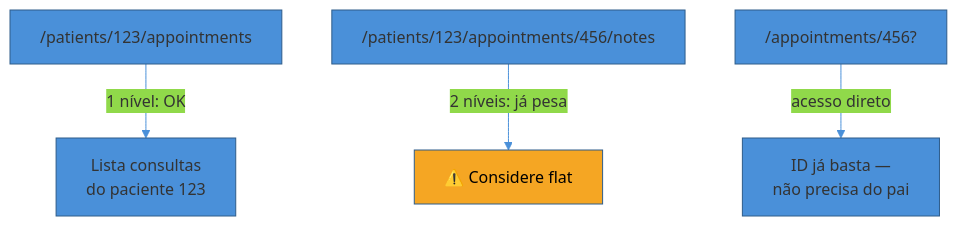
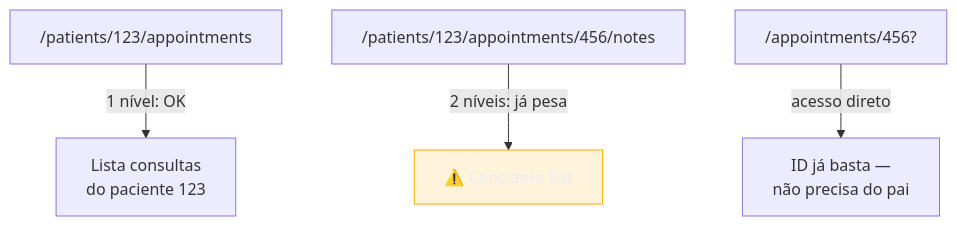
The first of 2 diagrams in 03-Dominios/Engenharia/Comunicação entre Sistemas/2 - Comunicação síncrona/01 - REST — modelagem de recursos e maturidade.md (josenaldo/codex-technomanticus), drawn with Mermaid before and after one commit. The commit also changed other lines of this file and 1181 other files, not shown here.

First line of the commit message:
fix(diagramas): paleta do sistema no lugar de cor cravada no markdown

````diff
--- a/03-Dominios/Engenharia/Comunicação entre Sistemas/2 - Comunicação síncrona/01 - REST — modelagem de recursos e maturidade.md
+++ b/03-Dominios/Engenharia/Comunicação entre Sistemas/2 - Comunicação síncrona/01 - REST — modelagem de recursos e maturidade.md
@@ -73,9 +73,9 @@
 ```mermaid
-%%{init: {"theme": "base", "themeVariables": {"primaryColor": "#4A90D9", "primaryBorderColor": "#2E5C8A", "lineColor": "#4A90D9"}}}%%
 graph TD
+    classDef destaque fill:#FFAA0024,stroke:#FFAA00,color:#E9ECF2
     A["/patients/123/appointments"] -->|"1 nível: OK"| B["Lista consultas<br/>do paciente 123"]
     C["/patients/123/appointments/456/notes"] -->|"2 níveis: já pesa"| D["⚠️ Considere flat"]
     E["/appointments/456?"] -->|"acesso direto"| F["ID já basta —<br/>não precisa do pai"]
 
-    style D fill:#F5A623,color:#000
+    class D destaque
 ```
````
